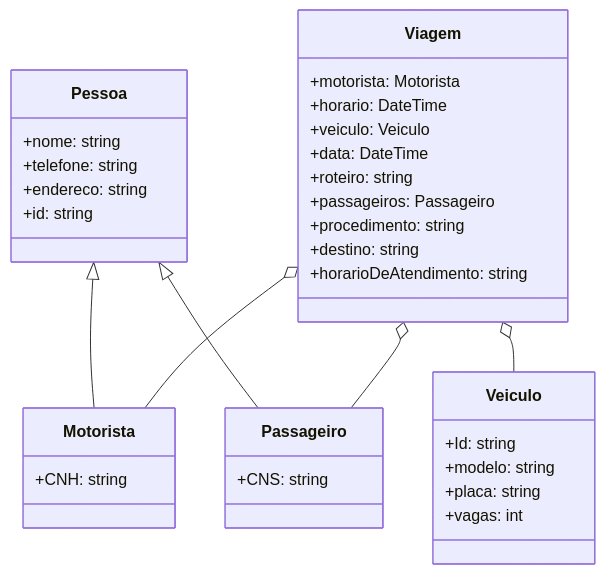
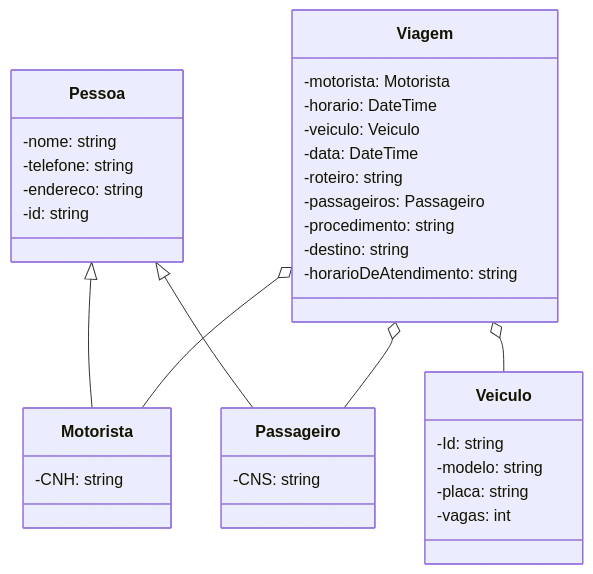
The first of 2 diagrams in README.md (KleitonMQ/CONTRAVI), drawn with Mermaid before and after one commit. The commit also changed 1 other file, not shown here.

Commit message:
alterado visibilidade no diagrama de classes

````diff
--- a/README.md
+++ b/README.md
@@ -3,43 +3,43 @@
 ```mermaid
 classDiagram
     Pessoa <|-- Motorista
     Pessoa <|-- Passageiro
     
     class Pessoa {
-        +nome: string
-        +telefone: string
-        +endereco: string
-        +id: string
+        -nome: string
+        -telefone: string
+        -endereco: string
+        -id: string
     }
 
     class Motorista {
-        +CNH: string
+        -CNH: string
     }
 
     class Passageiro {
-        +CNS: string
+        -CNS: string
     }
 
     class Veiculo {
-        +Id: string
-        +modelo: string
-        +placa: string
-        +vagas: int
+        -Id: string
+        -modelo: string
+        -placa: string
+        -vagas: int
     }
 
     class Viagem {
-        +motorista: Motorista
-        +horario: DateTime
-        +veiculo: Veiculo
-        +data: DateTime
-        +roteiro: string
-        +passageiros: Passageiro
-        +procedimento: string
-        +destino: string
-        +horarioDeAtendimento: string
+        -motorista: Motorista
+        -horario: DateTime
+        -veiculo: Veiculo
+        -data: DateTime
+        -roteiro: string
+        -passageiros: Passageiro
+        -procedimento: string
+        -destino: string
+        -horarioDeAtendimento: string
     }
 
     Viagem o-- Veiculo
     Viagem o-- Motorista
     Viagem o-- Passageiro
 ```
````
